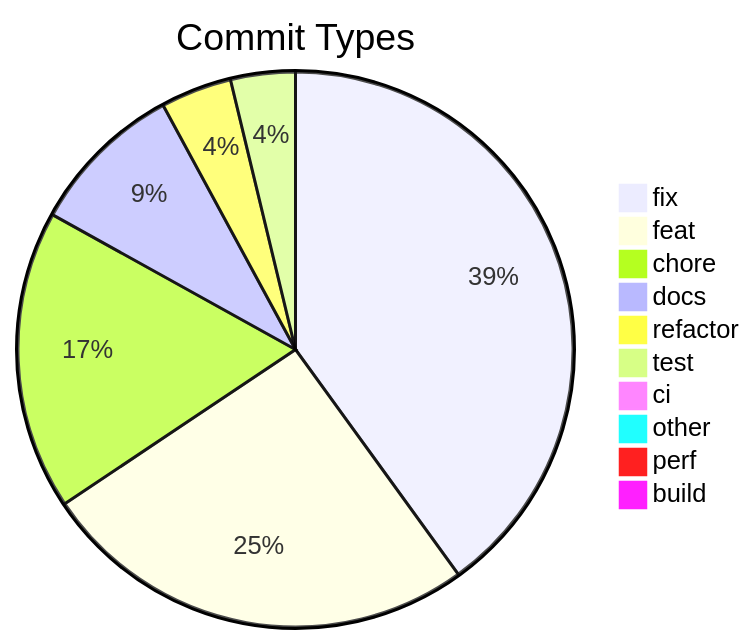
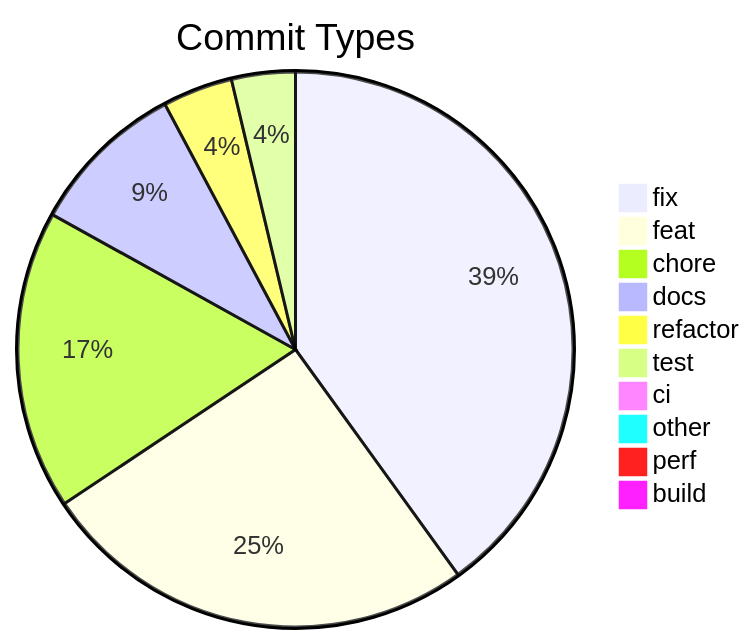
The diagram in .shipwright/compliance/change-history.md (svenroth-ai/shipwright-webui), drawn with Mermaid before and after one commit. The commit also changed other lines of this file and 34 other files, not shown here.

````diff
--- a/.shipwright/compliance/change-history.md
+++ b/.shipwright/compliance/change-history.md
@@ -10,13 +10,13 @@
 ```mermaid
 pie title Commit Types
-    "fix" : 319
-    "feat" : 204
-    "chore" : 139
-    "docs" : 72
+    "fix" : 324
+    "feat" : 207
+    "chore" : 141
+    "docs" : 74
     "refactor" : 33
     "test" : 30
     "ci" : 8
     "other" : 6
     "perf" : 5
     "build" : 1
 ```
````
